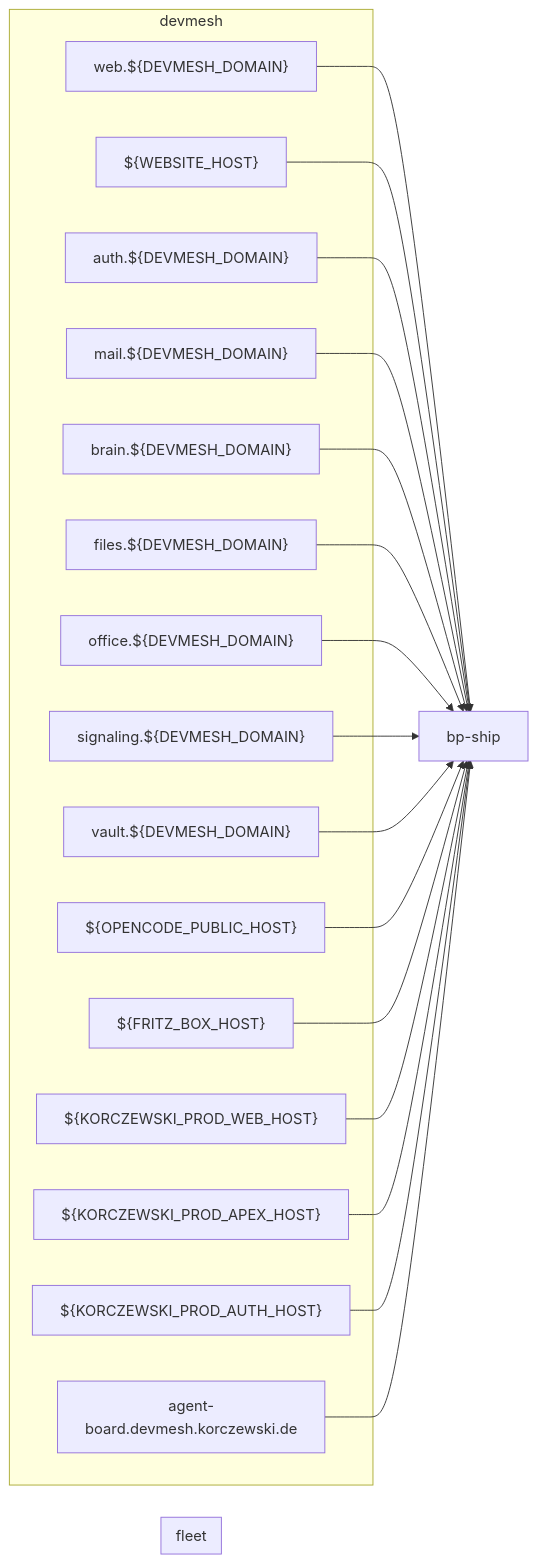
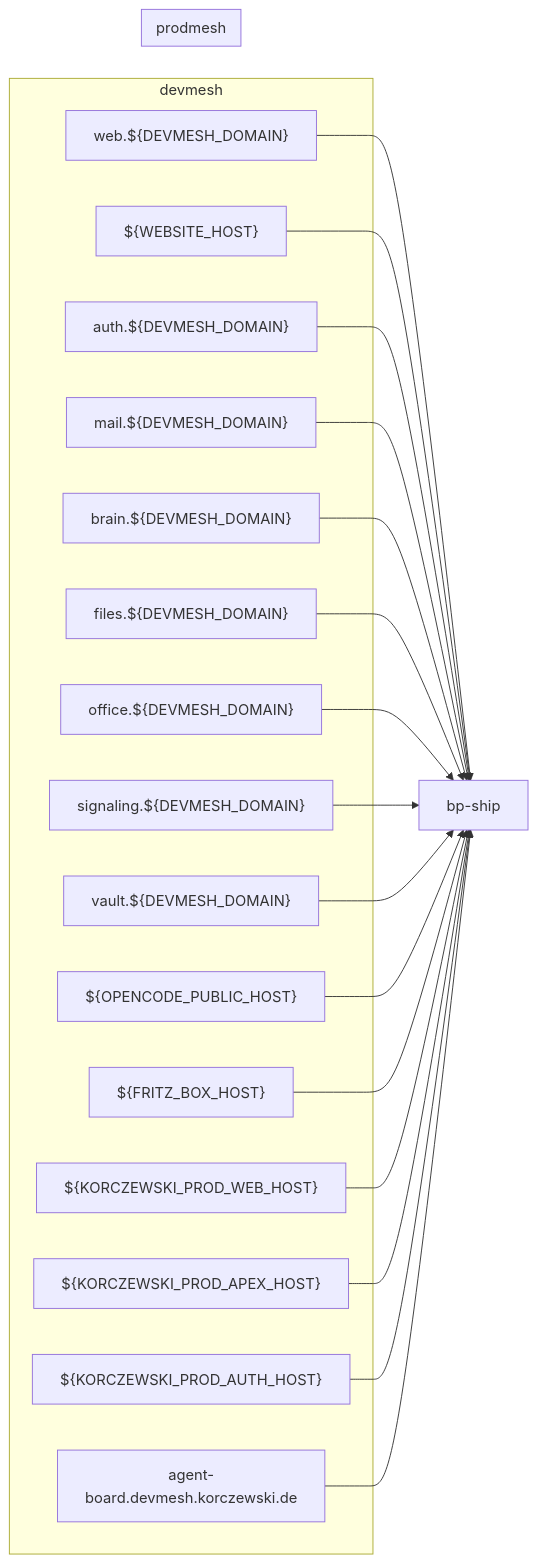
Before and after one commit to Paddione/Bachelorprojekt: the diagram in docs/agent-guide/maps/domains-map.md, drawn with Mermaid. The commit also changed other lines of this file and 8 other files, not shown here.

````diff
--- a/docs/agent-guide/maps/domains-map.md
+++ b/docs/agent-guide/maps/domains-map.md
@@ -8,38 +8,38 @@
 ```mermaid
 flowchart LR
-    subgraph fleet["fleet"]
-    end
     subgraph devmesh["devmesh"]
         devmesh_web["web.${DEVMESH_DOMAIN}"]
         devmesh_website_alias["${WEBSITE_HOST}"]
         devmesh_auth["auth.${DEVMESH_DOMAIN}"]
         devmesh_mail["mail.${DEVMESH_DOMAIN}"]
         devmesh_brain["brain.${DEVMESH_DOMAIN}"]
         devmesh_files["files.${DEVMESH_DOMAIN}"]
         devmesh_office["office.${DEVMESH_DOMAIN}"]
         devmesh_signaling["signaling.${DEVMESH_DOMAIN}"]
         devmesh_vault["vault.${DEVMESH_DOMAIN}"]
         devmesh_opencode["${OPENCODE_PUBLIC_HOST}"]
         devmesh_fritzbox["${FRITZ_BOX_HOST}"]
         korczewski_web_mirror["${KORCZEWSKI_PROD_WEB_HOST}"]
         korczewski_apex_mirror["${KORCZEWSKI_PROD_APEX_HOST}"]
         korczewski_auth_mirror["${KORCZEWSKI_PROD_AUTH_HOST}"]
         devmesh_agent_board["agent-board.devmesh.korczewski.de"]
+    end
+    subgraph prodmesh["prodmesh"]
     end
     owner_bp_ship["bp-ship"]
     devmesh_web --> owner_bp_ship
     devmesh_website_alias --> owner_bp_ship
     devmesh_auth --> owner_bp_ship
     devmesh_mail --> owner_bp_ship
     devmesh_brain --> owner_bp_ship
     devmesh_files --> owner_bp_ship
     devmesh_office --> owner_bp_ship
     devmesh_signaling --> owner_bp_ship
     devmesh_vault --> owner_bp_ship
     devmesh_opencode --> owner_bp_ship
     devmesh_fritzbox --> owner_bp_ship
     korczewski_web_mirror --> owner_bp_ship
     korczewski_apex_mirror --> owner_bp_ship
     korczewski_auth_mirror --> owner_bp_ship
     devmesh_agent_board --> owner_bp_ship
 ```
````
